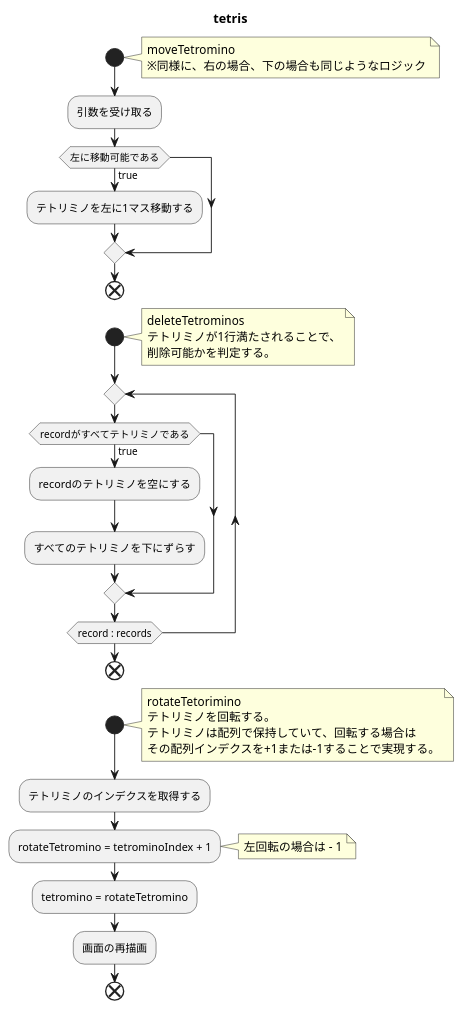
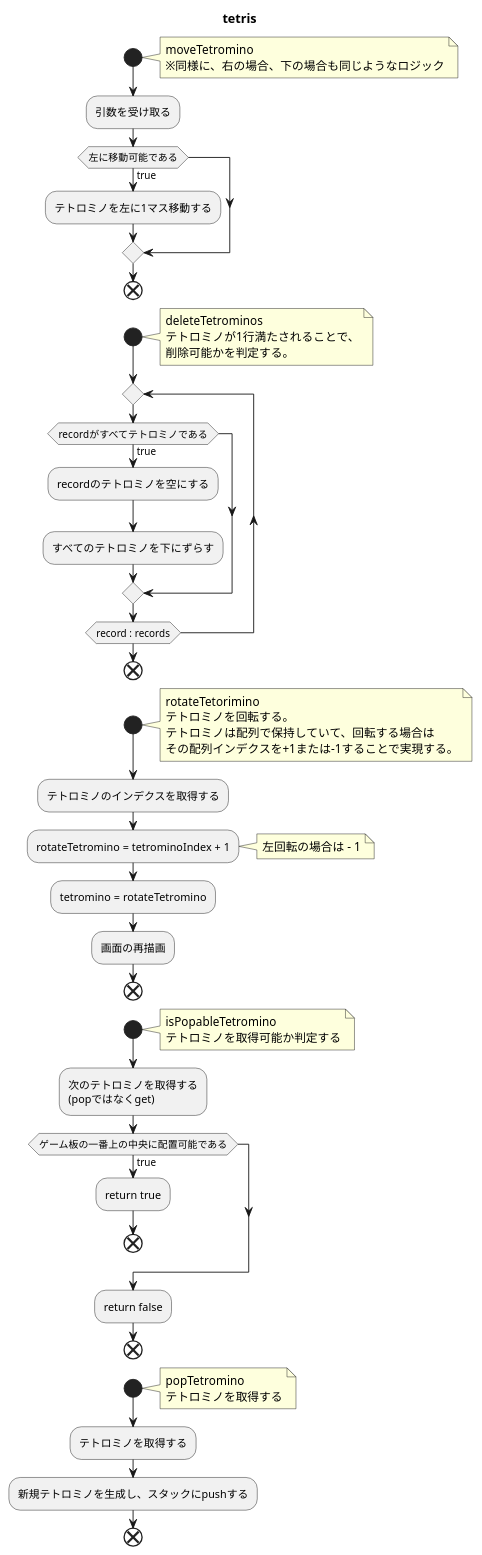
The diagram in doc/tetris.puml (jiro4989/tetris), drawn with PlantUML before and after one commit.

Commit message:
:memo:関数追加

```diff
--- a/doc/tetris.puml
+++ b/doc/tetris.puml
@@ -1,46 +1,69 @@
 @startuml
 
 title tetris
 
 start
     note right
         moveTetromino
         ※同様に、右の場合、下の場合も同じようなロジック
     endnote
     :引数を受け取る;
     if (左に移動可能である) then (true)
-        :テトリミノを左に1マス移動する;
+        :テトロミノを左に1マス移動する;
     endif
 end
 
 start
     note right
         deleteTetrominos
-        テトリミノが1行満たされることで、
+        テトロミノが1行満たされることで、
         削除可能かを判定する。
     endnote
     repeat
-        if (recordがすべてテトリミノである) then (true)
-            :recordのテトリミノを空にする;
-            :すべてのテトリミノを下にずらす;
+        if (recordがすべてテトロミノである) then (true)
+            :recordのテトロミノを空にする;
+            :すべてのテトロミノを下にずらす;
         endif
     repeat while (record : records)
 end
 
 start
     note right
         rotateTetorimino
-        テトリミノを回転する。
-        テトリミノは配列で保持していて、回転する場合は
+        テトロミノを回転する。
+        テトロミノは配列で保持していて、回転する場合は
         その配列インデクスを+1または-1することで実現する。
     endnote
-    :テトリミノのインデクスを取得する;
+    :テトロミノのインデクスを取得する;
     :rotateTetromino = tetrominoIndex + 1;
     note right
         左回転の場合は - 1
     endnote
     :tetromino = rotateTetromino;
     :画面の再描画;
 end
 
+start
+    note right
+        isPopableTetromino
+        テトロミノを取得可能か判定する
+    endnote
+    :次のテトロミノを取得する
+    (popではなくget);
+    if (ゲーム板の一番上の中央に配置可能である) then (true)
+        :return true;
+        end
+    endif
+    :return false;
+end
+
+start
+    note right
+        popTetromino
+        テトロミノを取得する
+    endnote
+    :テトロミノを取得する;
+    :新規テトロミノを生成し、スタックにpushする;
+end
+
 @enduml
```
